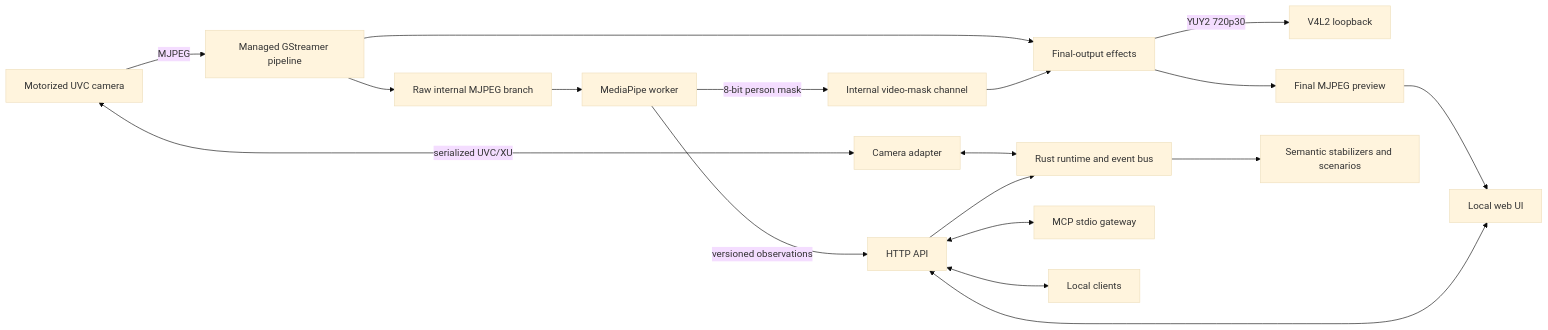
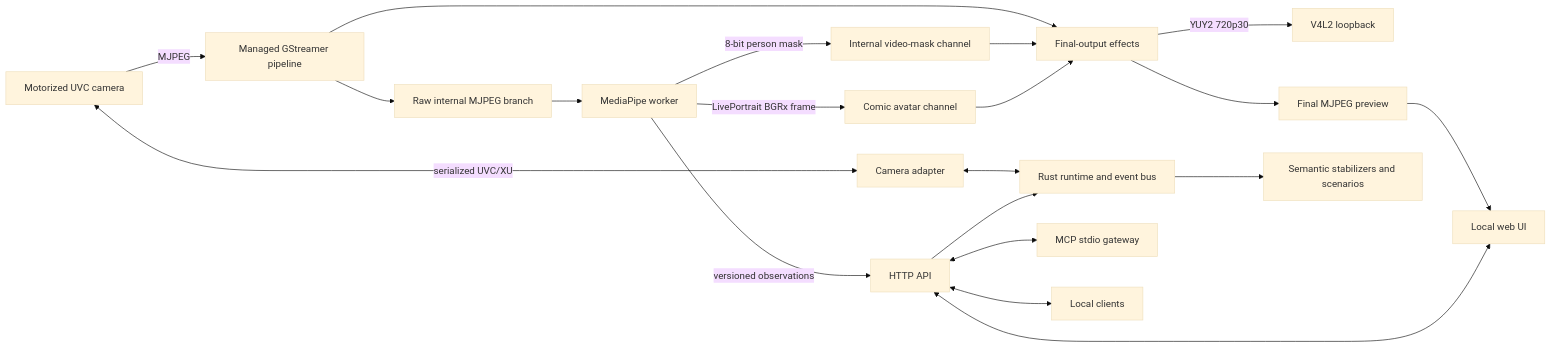
Before and after one commit to dguerizec/tarsier: the diagram in README.md, drawn with Mermaid (base theme). The commit also changed other lines of this file and 33 other files, not shown here.

First line of the commit message:
feat(avatar): integrate privacy-safe LivePortrait output

````diff
--- a/README.md
+++ b/README.md
@@ -70,22 +76,24 @@
 ```mermaid
 flowchart LR
     Camera[Motorized UVC camera] -->|MJPEG| Pipeline[Managed GStreamer pipeline]
     Camera <-->|serialized UVC/XU| Adapter[Camera adapter]
 
     Pipeline --> RawPreview[Raw internal MJPEG branch]
     RawPreview --> Worker[MediaPipe worker]
     Worker -->|8-bit person mask| Mask[Internal video-mask channel]
+    Worker -->|LivePortrait BGRx frame| Avatar[Comic avatar channel]
     Pipeline --> Effects[Final-output effects]
     Mask --> Effects
+    Avatar --> Effects
     Effects -->|YUY2 720p30| Loopback[V4L2 loopback]
     Effects --> Preview[Final MJPEG preview]
     Preview --> UI[Local web UI]
 
     Adapter <--> Core[Rust runtime and event bus]
     Worker -->|versioned observations| API[HTTP API]
     API --> Core
     Core --> Scenarios[Semantic stabilizers and scenarios]
     API <--> UI
     API <--> MCP[MCP stdio gateway]
     API <--> Clients[Local clients]
 ```
````
